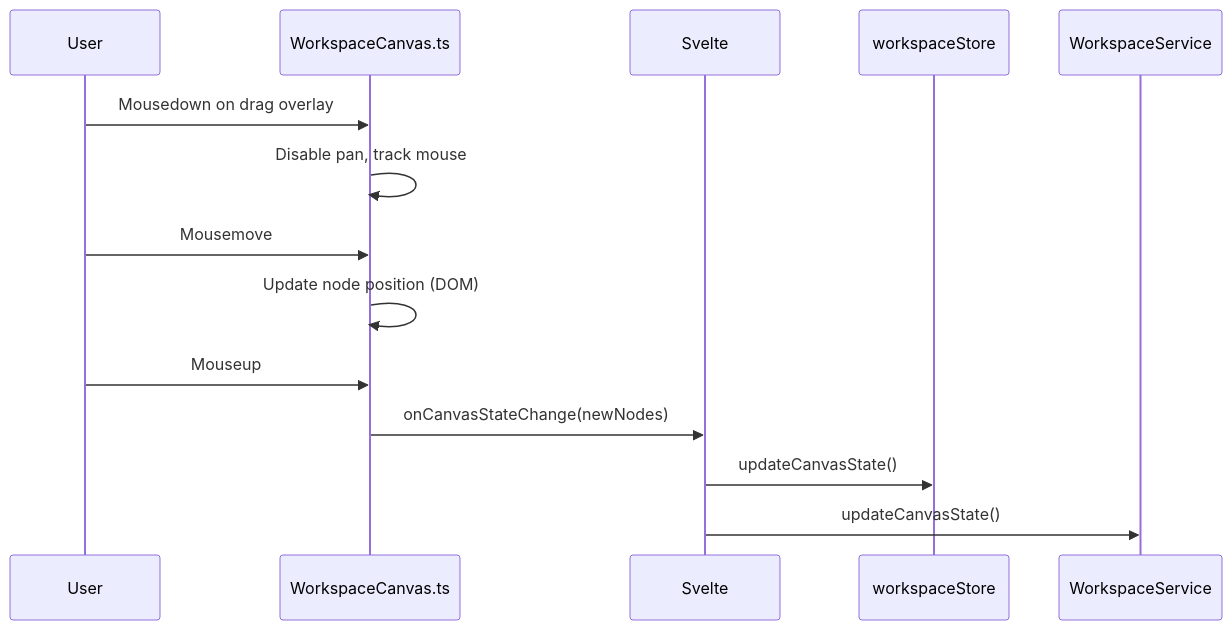
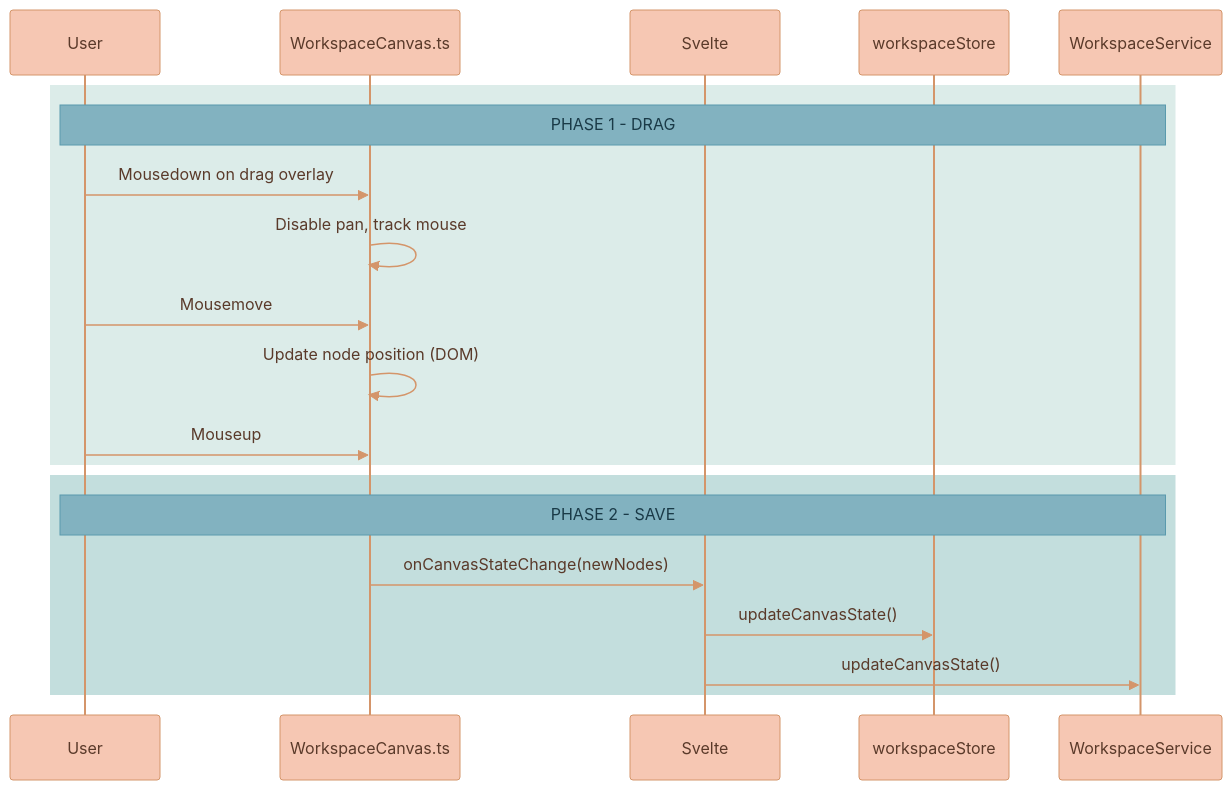
Before and after one commit to Lixpi/lixpi: the seventh of 17 diagrams in documentation/features/WORKSPACE-FEATURE.md, drawn with Mermaid. The commit also changed other lines of this file and 27 other files, not shown here.

````diff
--- a/documentation/features/WORKSPACE-FEATURE.md
+++ b/documentation/features/WORKSPACE-FEATURE.md
@@ -277,17 +382,30 @@
 ```mermaid
+%%{init: {'theme': 'base', 'themeVariables': { 'noteBkgColor': '#82B2C0', 'noteTextColor': '#1a3a47', 'noteBorderColor': '#5a9aad', 'actorBkg': '#F6C7B3', 'actorBorder': '#d4956a', 'actorTextColor': '#5a3a2a', 'actorLineColor': '#d4956a', 'signalColor': '#d4956a', 'signalTextColor': '#5a3a2a', 'labelBoxBkgColor': '#F6C7B3', 'labelBoxBorderColor': '#d4956a', 'labelTextColor': '#5a3a2a', 'loopTextColor': '#5a3a2a', 'activationBorderColor': '#d4956a', 'activationBkgColor': '#C3DEDD', 'sequenceNumberColor': '#5a3a2a'}}}%%
 sequenceDiagram
     participant User
     participant Canvas as WorkspaceCanvas.ts
     participant Svelte
     participant Store as workspaceStore
     participant WSvc as WorkspaceService
+    %% ═══════════════════════════════════════════════════════════════
+    %% PHASE 1: DRAG
+    %% ═══════════════════════════════════════════════════════════════
+    rect rgb(220, 236, 233)
+        Note over User, WSvc: PHASE 1 - DRAG
+        User->>Canvas: Mousedown on drag overlay
+        Canvas->>Canvas: Disable pan, track mouse
+        User->>Canvas: Mousemove
+        Canvas->>Canvas: Update node position (DOM)
+        User->>Canvas: Mouseup
+    end
 
-    User->>Canvas: Mousedown on drag overlay
-    Canvas->>Canvas: Disable pan, track mouse
-    User->>Canvas: Mousemove
-    Canvas->>Canvas: Update node position (DOM)
-    User->>Canvas: Mouseup
-    Canvas->>Svelte: onCanvasStateChange(newNodes)
-    Svelte->>Store: updateCanvasState()
-    Svelte->>WSvc: updateCanvasState()
+    %% ═══════════════════════════════════════════════════════════════
+    %% PHASE 2: SAVE
+    %% ═══════════════════════════════════════════════════════════════
+    rect rgb(195, 222, 221)
+        Note over User, WSvc: PHASE 2 - SAVE
+        Canvas->>Svelte: onCanvasStateChange(newNodes)
+        Svelte->>Store: updateCanvasState()
+        Svelte->>WSvc: updateCanvasState()
+    end
 ```
````
